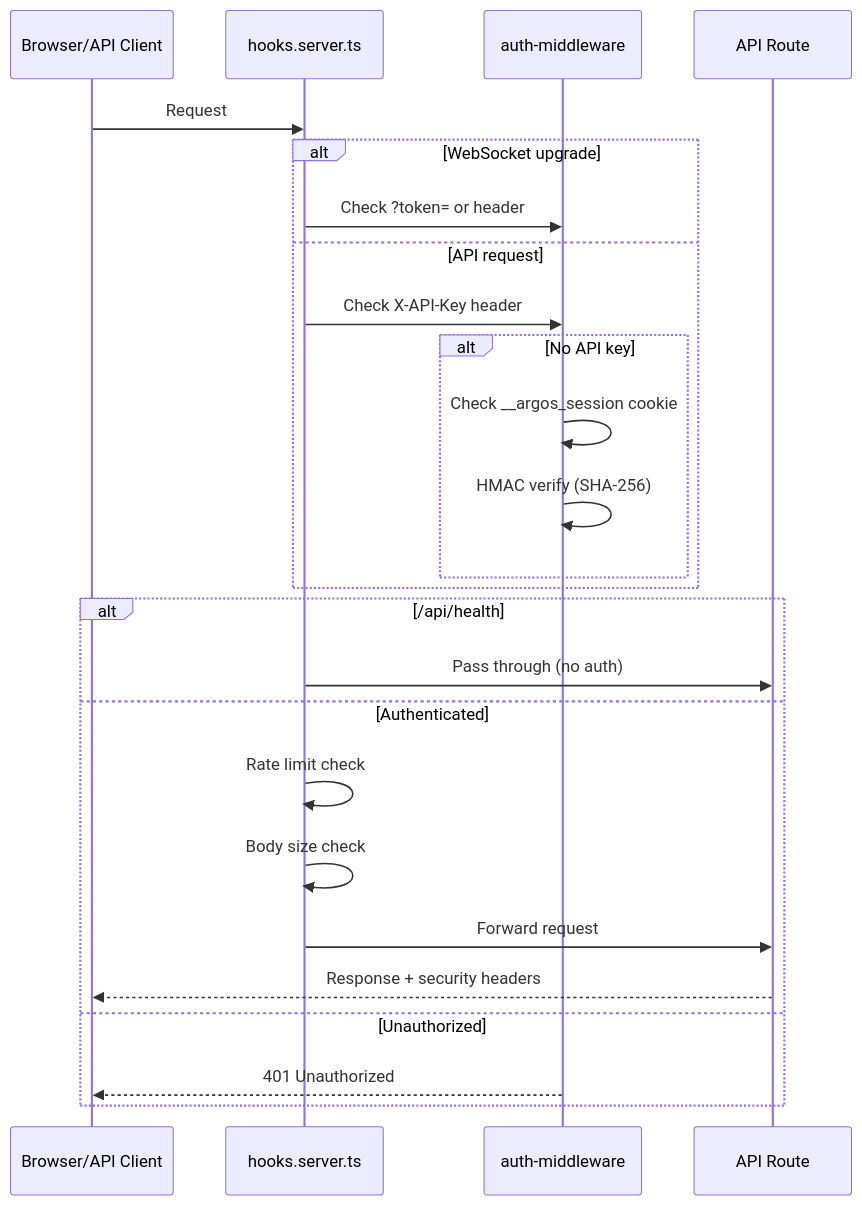
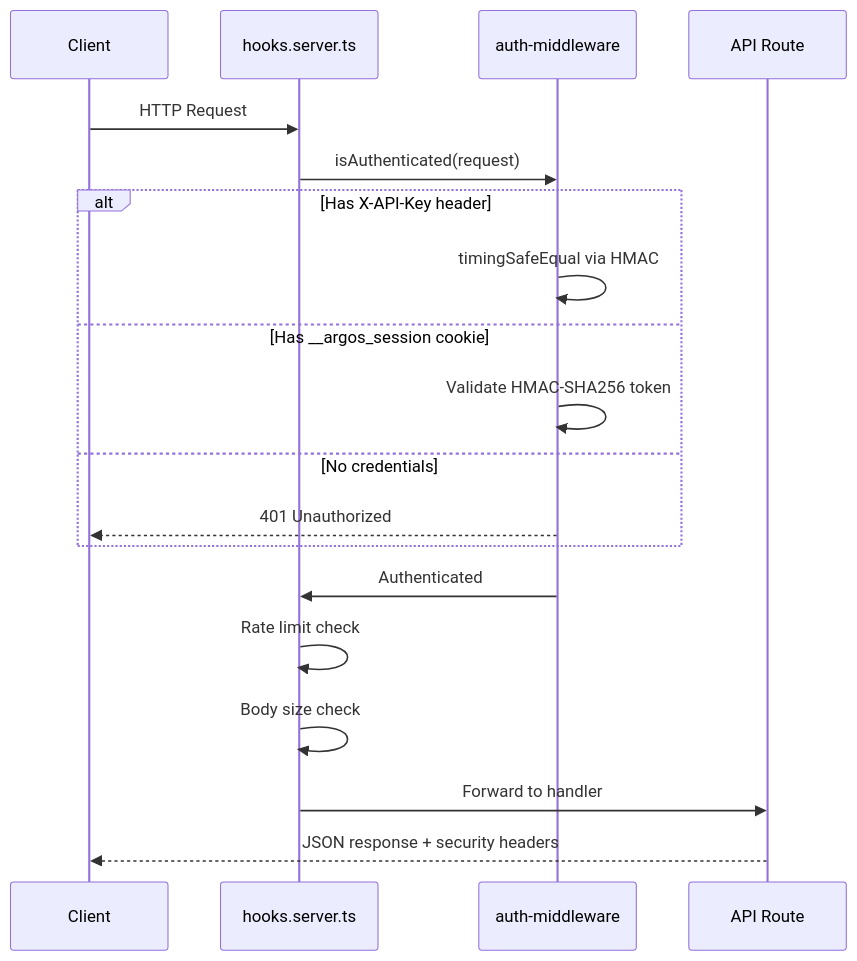
One commit to Graveside2022/Argos changed the third of 4 diagrams in docs/CODEBASE_MAP.md. Above: the diagram before and after it, drawn with Mermaid. The commit also changed other lines of this file and 6 other files, not shown here.

````diff
--- a/docs/CODEBASE_MAP.md
+++ b/docs/CODEBASE_MAP.md
@@ -823,30 +527,22 @@
 ```mermaid
 sequenceDiagram
-    participant Client as Browser/API Client
+    participant Client
     participant Hooks as hooks.server.ts
     participant Auth as auth-middleware
     participant Route as API Route
 
-    Client->>Hooks: Request
-
-    alt WebSocket upgrade
-        Hooks->>Auth: Check ?token= or header
-    else API request
-        Hooks->>Auth: Check X-API-Key header
-        alt No API key
-            Auth->>Auth: Check __argos_session cookie
-            Auth->>Auth: HMAC verify (SHA-256)
-        end
-    end
-
-    alt /api/health
-        Hooks->>Route: Pass through (no auth)
-    else Authenticated
-        Hooks->>Hooks: Rate limit check
-        Hooks->>Hooks: Body size check
-        Hooks->>Route: Forward request
-        Route-->>Client: Response + security headers
-    else Unauthorized
+    Client->>Hooks: HTTP Request
+    Hooks->>Auth: isAuthenticated(request)
+    alt Has X-API-Key header
+        Auth->>Auth: timingSafeEqual via HMAC
+    else Has __argos_session cookie
+        Auth->>Auth: Validate HMAC-SHA256 token
+    else No credentials
         Auth-->>Client: 401 Unauthorized
     end
+    Auth->>Hooks: Authenticated
+    Hooks->>Hooks: Rate limit check
+    Hooks->>Hooks: Body size check
+    Hooks->>Route: Forward to handler
+    Route-->>Client: JSON response + security headers
 ```
````
